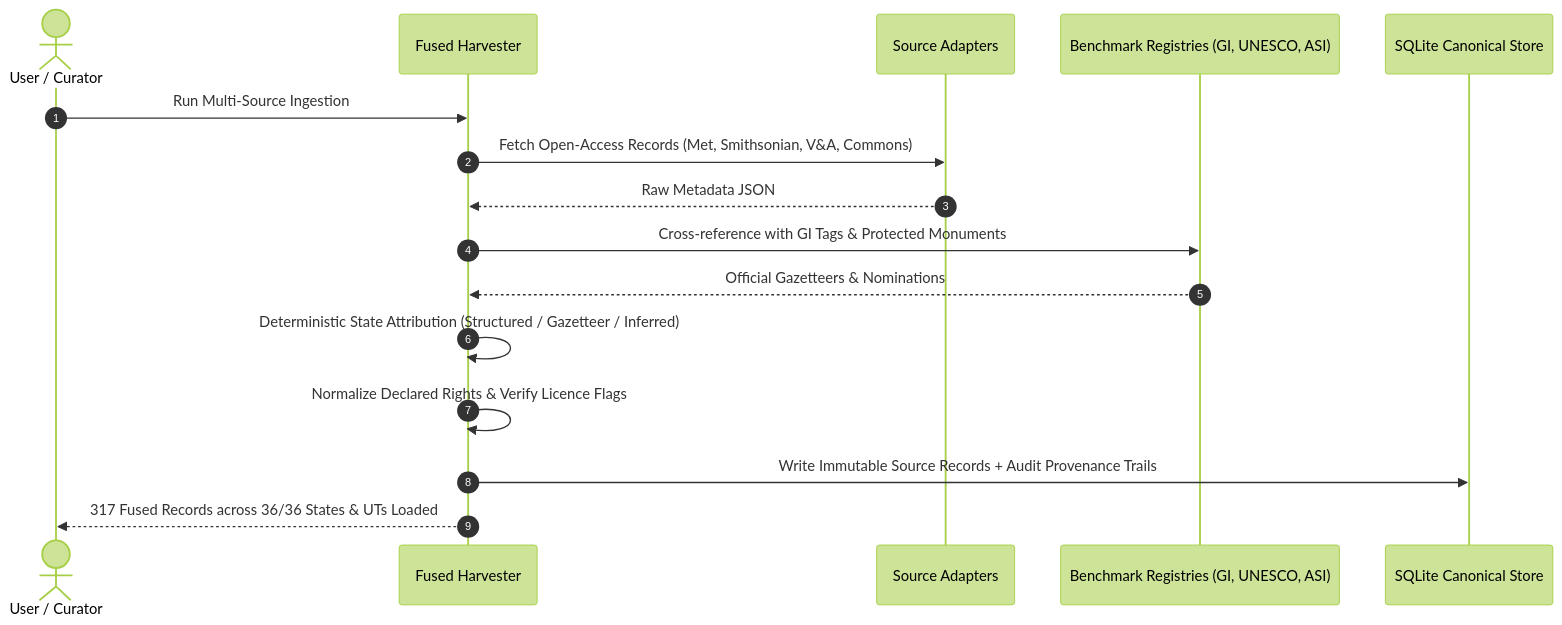
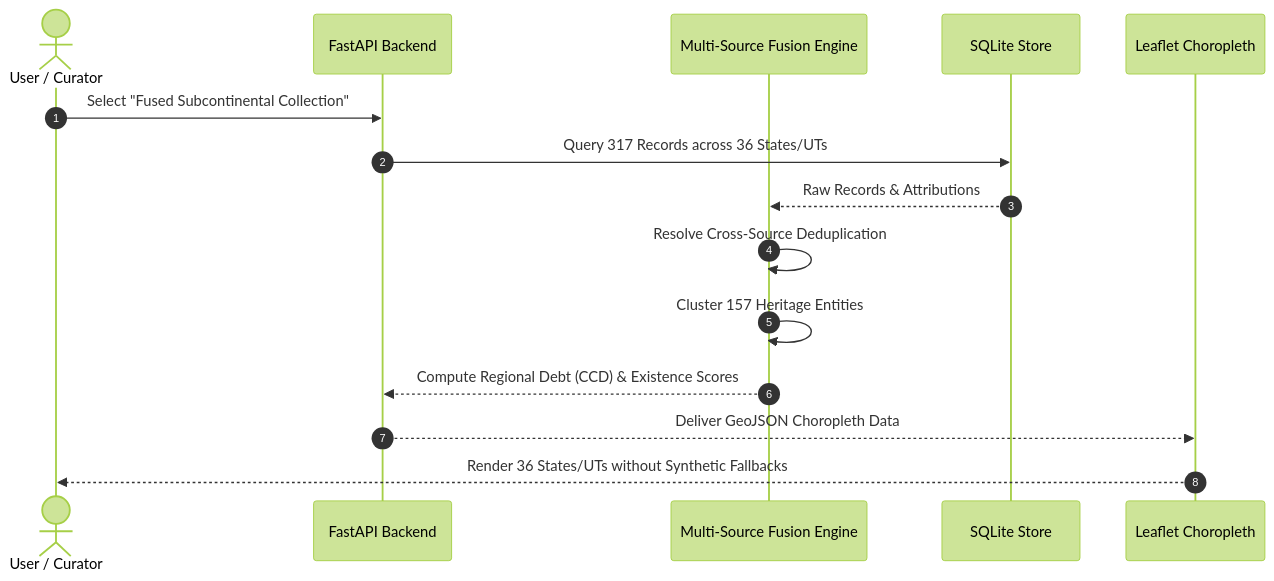
The third of 4 diagrams in README.md (itsananyaaa/thesilentindex), drawn with Mermaid (forest theme) before and after one commit. The commit also changed other lines of this file and 17 other files, not shown here.

Commit message:
feat(v2.1): luxury tab slider, hackathon readme with mermaid diagrams, offline vector heritage entity images, and website-wide multilingual support

````diff
--- a/README.md
+++ b/README.md
@@ -156,19 +120,18 @@
 ```mermaid
 sequenceDiagram
     autonumber
     actor Curator as User / Curator
-    participant Engine as Fused Harvester
-    participant Adapters as Source Adapters
-    participant Registry as Benchmark Registries (GI, UNESCO, ASI)
-    participant DB as SQLite Canonical Store
+    participant API as FastAPI Backend
+    participant Engine as Multi-Source Fusion Engine
+    participant DB as SQLite Store
+    participant Map as Leaflet Choropleth
 
-    Curator->>Engine: Run Multi-Source Ingestion
-    Engine->>Adapters: Fetch Open-Access Records (Met, Smithsonian, V&A, Commons)
-    Adapters-->>Engine: Raw Metadata JSON
-    Engine->>Registry: Cross-reference with GI Tags & Protected Monuments
-    Registry-->>Engine: Official Gazetteers & Nominations
-    Engine->>Engine: Deterministic State Attribution (Structured / Gazetteer / Inferred)
-    Engine->>Engine: Normalize Declared Rights & Verify Licence Flags
-    Engine->>DB: Write Immutable Source Records + Audit Provenance Trails
-    Engine-->>Curator: 317 Fused Records across 36/36 States & UTs Loaded
+    Curator->>API: Select "Fused Subcontinental Collection"
+    API->>DB: Query 317 Records across 36 States/UTs
+    DB-->>Engine: Raw Records & Attributions
+    Engine->>Engine: Resolve Cross-Source Deduplication
+    Engine->>Engine: Cluster 157 Heritage Entities
+    Engine-->>API: Compute Regional Debt (CCD) & Existence Scores
+    API-->>Map: Deliver GeoJSON Choropleth Data
+    Map-->>Curator: Render 36 States/UTs without Synthetic Fallbacks
 ```
````
